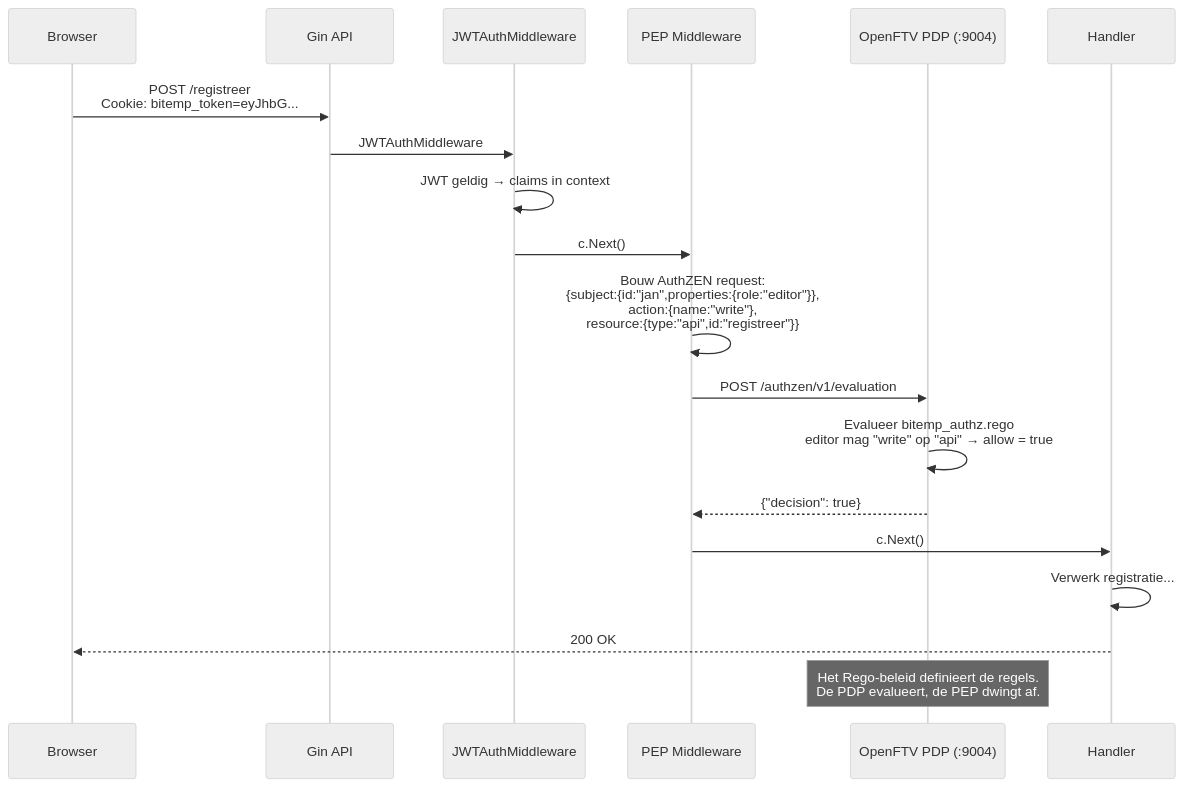
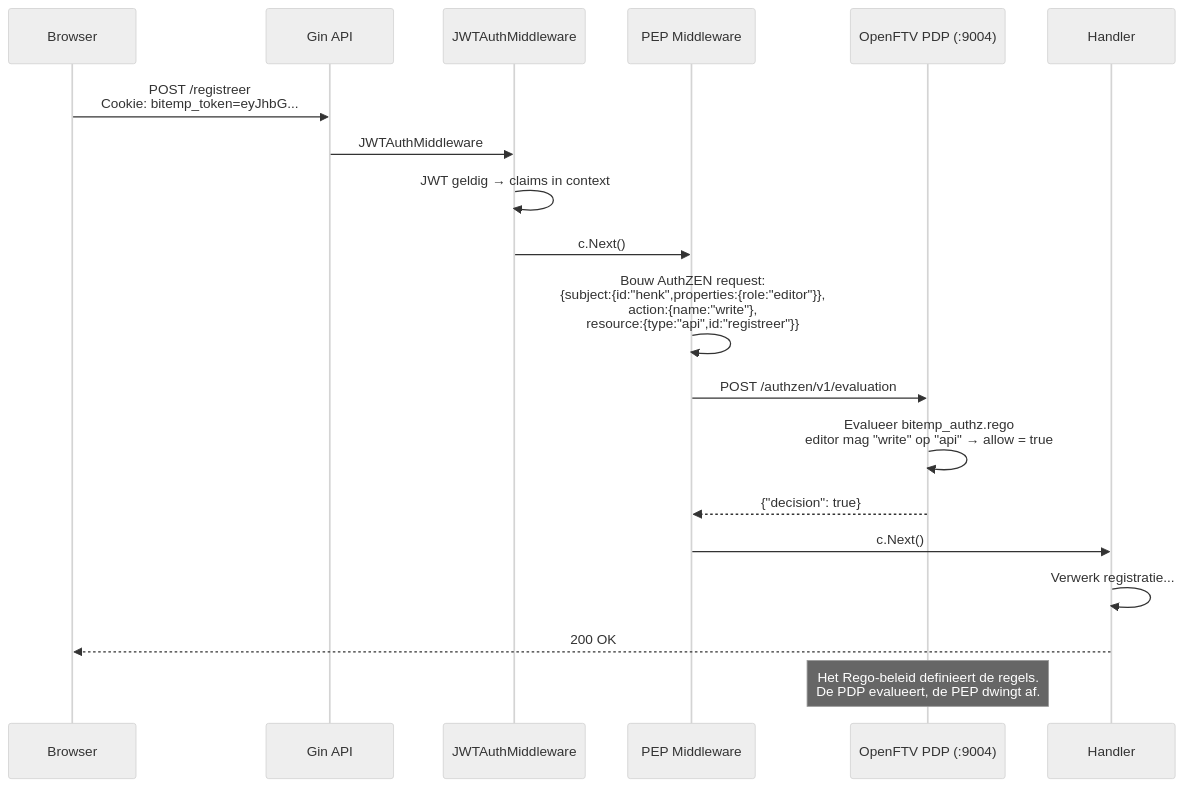
One commit to MarkWestbroek/Bitemporal_2026 changed the eighth of 8 diagrams in bitemp_register_v06/docs/AUTH_DEVELOPER_GUIDE.md. Above: the diagram before and after it, drawn with Mermaid (neutral theme). The commit also changed other lines of this file and 36 other files, not shown here.

````diff
--- a/bitemp_register_v06/docs/AUTH_DEVELOPER_GUIDE.md
+++ b/bitemp_register_v06/docs/AUTH_DEVELOPER_GUIDE.md
@@ -402,27 +403,27 @@
 ```mermaid
 sequenceDiagram
     participant B as Browser
     participant G as Gin API
     participant MW as JWTAuthMiddleware
     participant PEP as PEP Middleware
     participant PDP as OpenFTV PDP (:9004)
     participant H as Handler
 
     B->>G: POST /registreer<br/>Cookie: bitemp_token=eyJhbG...
 
     G->>MW: JWTAuthMiddleware
     MW->>MW: JWT geldig → claims in context
     MW->>PEP: c.Next()
 
-    PEP->>PEP: Bouw AuthZEN request:<br/>{subject:{id:"jan",properties:{role:"editor"}},<br/>action:{name:"write"},<br/>resource:{type:"api",id:"registreer"}}
+    PEP->>PEP: Bouw AuthZEN request:<br/>{subject:{id:"henk",properties:{role:"editor"}},<br/>action:{name:"write"},<br/>resource:{type:"api",id:"registreer"}}
 
     PEP->>PDP: POST /authzen/v1/evaluation
     PDP->>PDP: Evalueer bitemp_authz.rego<br/>editor mag "write" op "api" → allow = true
     PDP-->>PEP: {"decision": true}
 
     PEP->>H: c.Next()
     H->>H: Verwerk registratie...
     H-->>B: 200 OK
 
     Note over PDP: Het Rego-beleid definieert de regels.<br/>De PDP evalueert, de PEP dwingt af.
 ```
````
